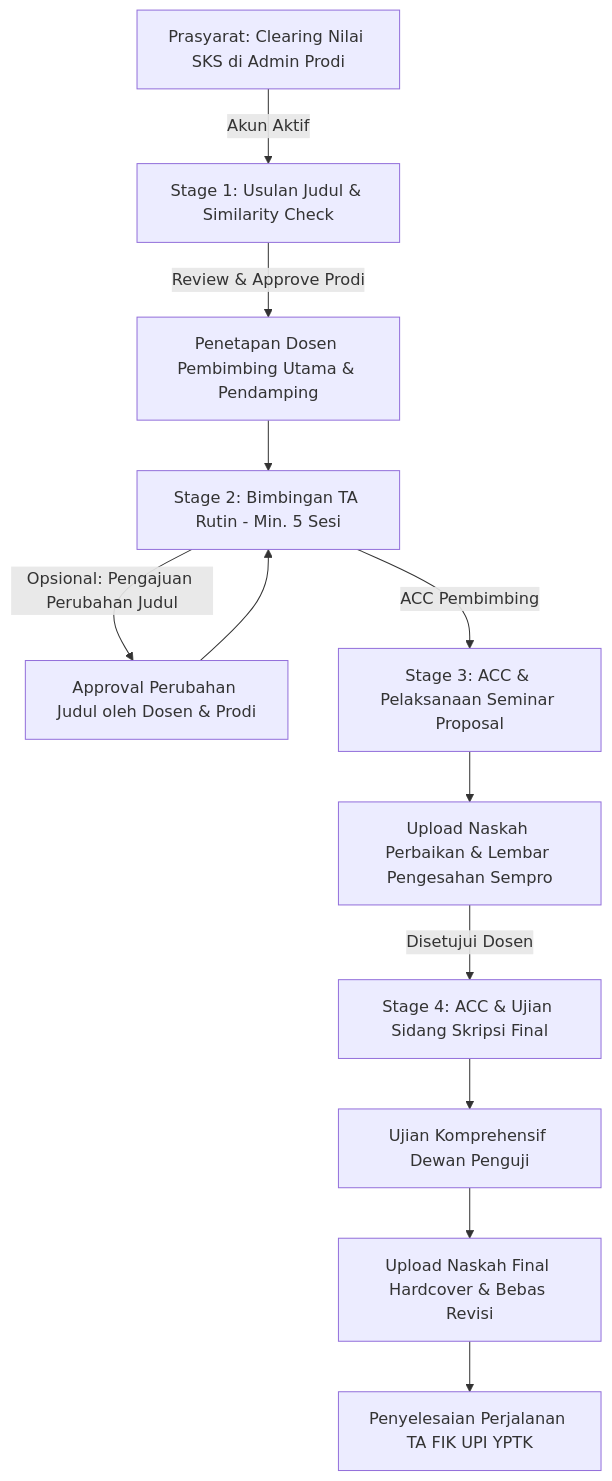
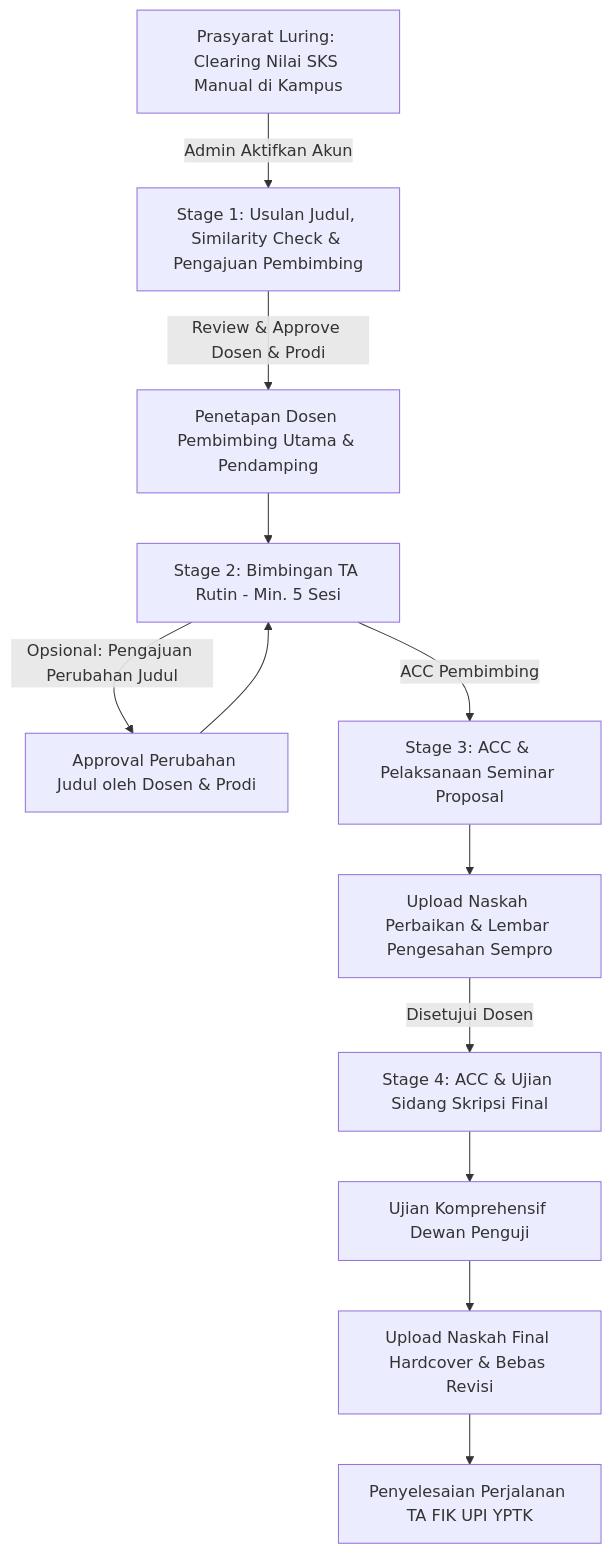
One commit to DanuZen/isi-final-project changed the first of 5 diagrams in docs/WORKFLOWS.md. Above: the diagram before and after it, drawn with Mermaid. The commit also changed other lines of this file, not shown here.

````diff
--- a/docs/WORKFLOWS.md
+++ b/docs/WORKFLOWS.md
@@ -9,14 +9,14 @@
 ```mermaid
 flowchart TD
-    A[Prasyarat: Clearing Nilai SKS di Admin Prodi] -->|Akun Aktif| B[Stage 1: Usulan Judul & Similarity Check]
-    B -->|Review & Approve Prodi| C[Penetapan Dosen Pembimbing Utama & Pendamping]
+    A[Prasyarat Luring: Clearing Nilai SKS Manual di Kampus] -->|Admin Aktifkan Akun| B[Stage 1: Usulan Judul, Similarity Check & Pengajuan Pembimbing]
+    B -->|Review & Approve Dosen & Prodi| C[Penetapan Dosen Pembimbing Utama & Pendamping]
     C --> D[Stage 2: Bimbingan TA Rutin - Min. 5 Sesi]
     D -->|Opsional: Pengajuan Perubahan Judul| E[Approval Perubahan Judul oleh Dosen & Prodi]
     E --> D
     D -->|ACC Pembimbing| F[Stage 3: ACC & Pelaksanaan Seminar Proposal]
     F --> G[Upload Naskah Perbaikan & Lembar Pengesahan Sempro]
     G -->|Disetujui Dosen| H[Stage 4: ACC & Ujian Sidang Skripsi Final]
     H --> I[Ujian Komprehensif Dewan Penguji]
     I --> J[Upload Naskah Final Hardcover & Bebas Revisi]
     J --> K[Penyelesaian Perjalanan TA FIK UPI YPTK]
 ```
````
